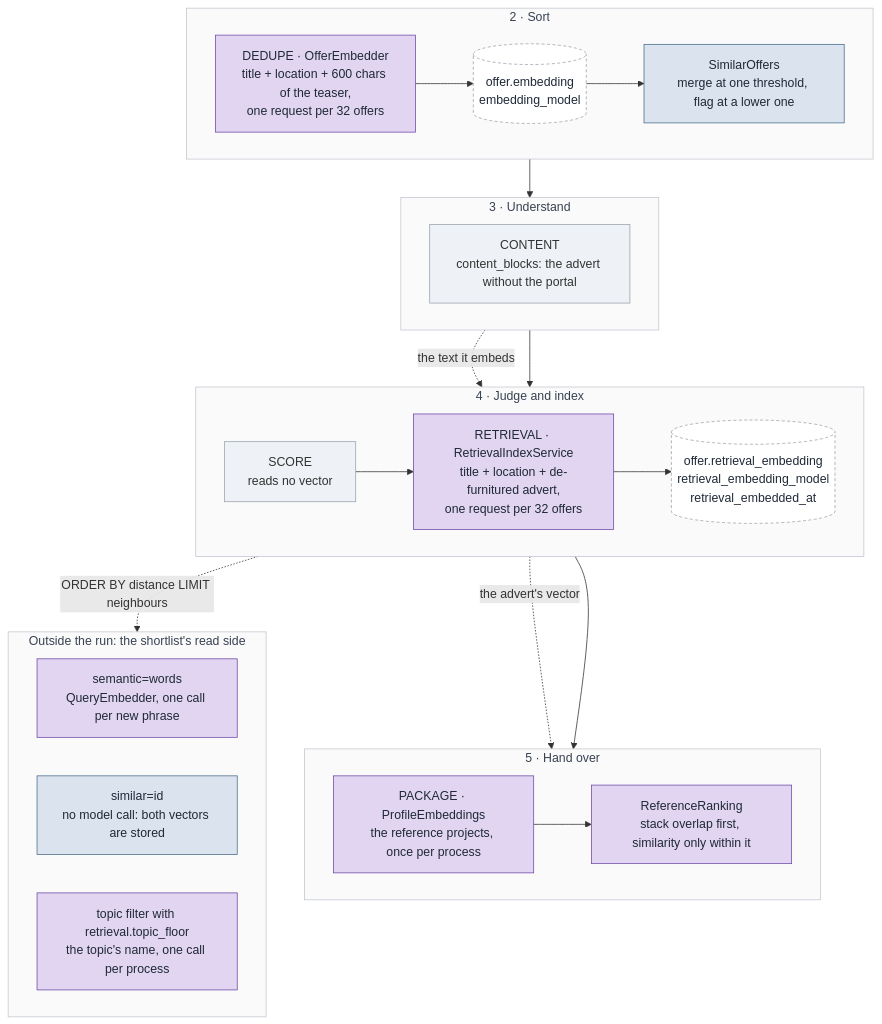
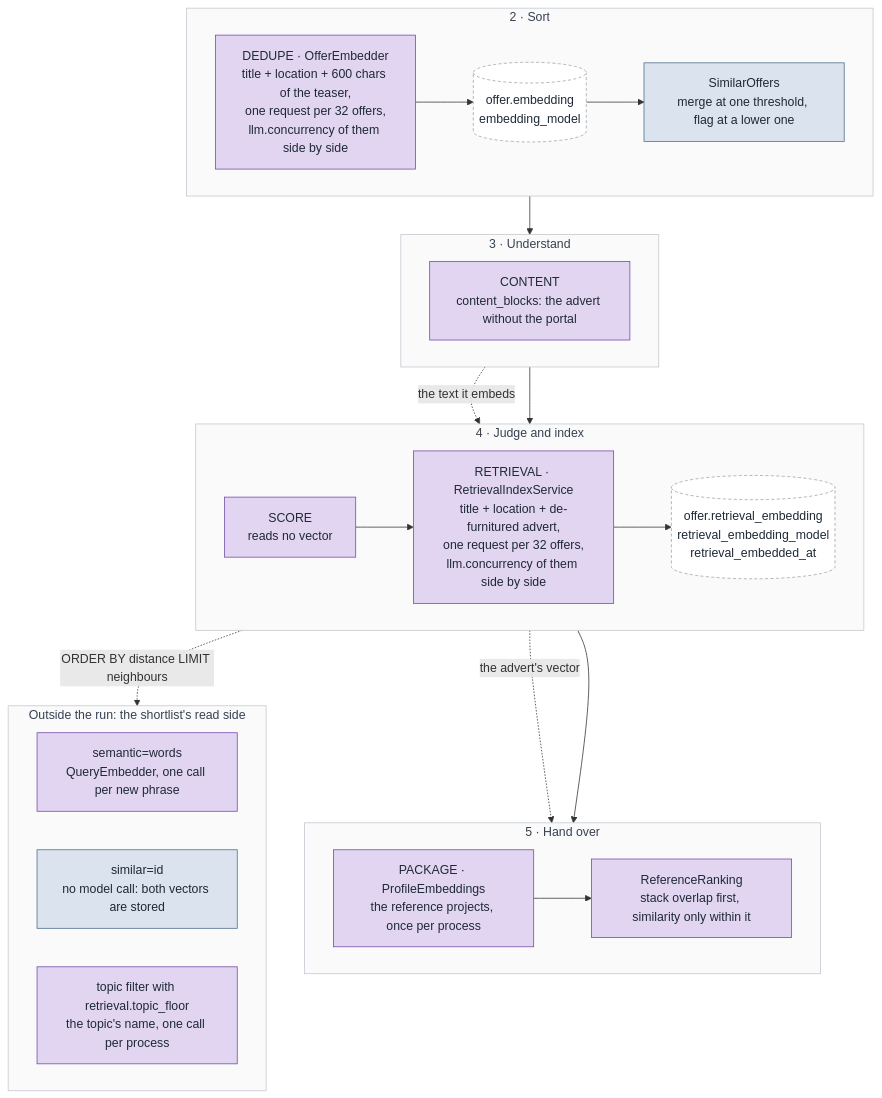
Before and after one commit to codeministry/leadgen: the first of 4 diagrams in docs/EMBEDDINGS.md, drawn with Mermaid. The commit also changed other lines of this file and 150 other files, not shown here.

First line of the commit message:
Run the model stages wide, give two questions their own model, redesign the offer card

````diff
--- a/docs/EMBEDDINGS.md
+++ b/docs/EMBEDDINGS.md
@@ -45,43 +45,43 @@
 ```mermaid
 %%{init: {"themeVariables": {"clusterBkg":"#fafafa","clusterBorder":"#c3c8cf","titleColor":"#374151","mainBkg":"#eef1f5","nodeBorder":"#9aa3ad","primaryTextColor":"#1f2937"}}}%%
 flowchart TB
     classDef free fill:#dbe4ee,stroke:#4a6d8c,color:#1f2937
     classDef model fill:#e2d5f1,stroke:#6f4aa8,color:#1f2937
     classDef row fill:#ffffff,stroke:#9aa3ad,color:#1f2937,stroke-dasharray:4 3
     classDef phase fill:#fafafa,stroke:#c3c8cf,color:#374151
 
     subgraph sort["2 · Sort"]
         direction LR
-        dedupe["DEDUPE · OfferEmbedder<br/>title + location + 600 chars of the teaser,<br/>one request per 32 offers"] --> emb[("offer.embedding<br/>embedding_model")]
+        dedupe["DEDUPE · OfferEmbedder<br/>title + location + 600 chars of the teaser,<br/>one request per 32 offers,<br/>llm.concurrency of them side by side"] --> emb[("offer.embedding<br/>embedding_model")]
         emb --> similar["SimilarOffers<br/>merge at one threshold, flag at a lower one"]
     end
     subgraph understand["3 · Understand"]
         direction LR
         content["CONTENT<br/>content_blocks: the advert without the portal"]
     end
     subgraph judge["4 · Judge and index"]
         direction LR
-        score["SCORE<br/>reads no vector"] --> retrieval["RETRIEVAL · RetrievalIndexService<br/>title + location + de-furnitured advert,<br/>one request per 32 offers"]
+        score["SCORE<br/>reads no vector"] --> retrieval["RETRIEVAL · RetrievalIndexService<br/>title + location + de-furnitured advert,<br/>one request per 32 offers,<br/>llm.concurrency of them side by side"]
         retrieval --> remb[("offer.retrieval_embedding<br/>retrieval_embedding_model<br/>retrieval_embedded_at")]
     end
     subgraph hand["5 · Hand over"]
         direction LR
         package["PACKAGE · ProfileEmbeddings<br/>the reference projects, once per process"] --> ranking["ReferenceRanking<br/>stack overlap first, similarity only within it"]
     end
     subgraph read["Outside the run: the shortlist's read side"]
         direction LR
         semantic["semantic=words<br/>QueryEmbedder, one call per new phrase"]
         similarTo["similar=id<br/>no model call: both vectors are stored"]
         topic["topic filter with retrieval.topic_floor<br/>the topic's name, one call per process"]
     end
 
     sort --> understand --> judge --> hand
     content -. "the text it embeds" .-> retrieval
     remb -. "the advert's vector" .-> ranking
     remb -. "ORDER BY distance LIMIT neighbours" .-> read
 
     class similar,similarTo free
-    class dedupe,retrieval,package,semantic,topic,ranking model
+    class dedupe,retrieval,package,semantic,topic,ranking,content,score model
     class emb,remb row
     class sort,understand,judge,hand,read phase
 ```
````
